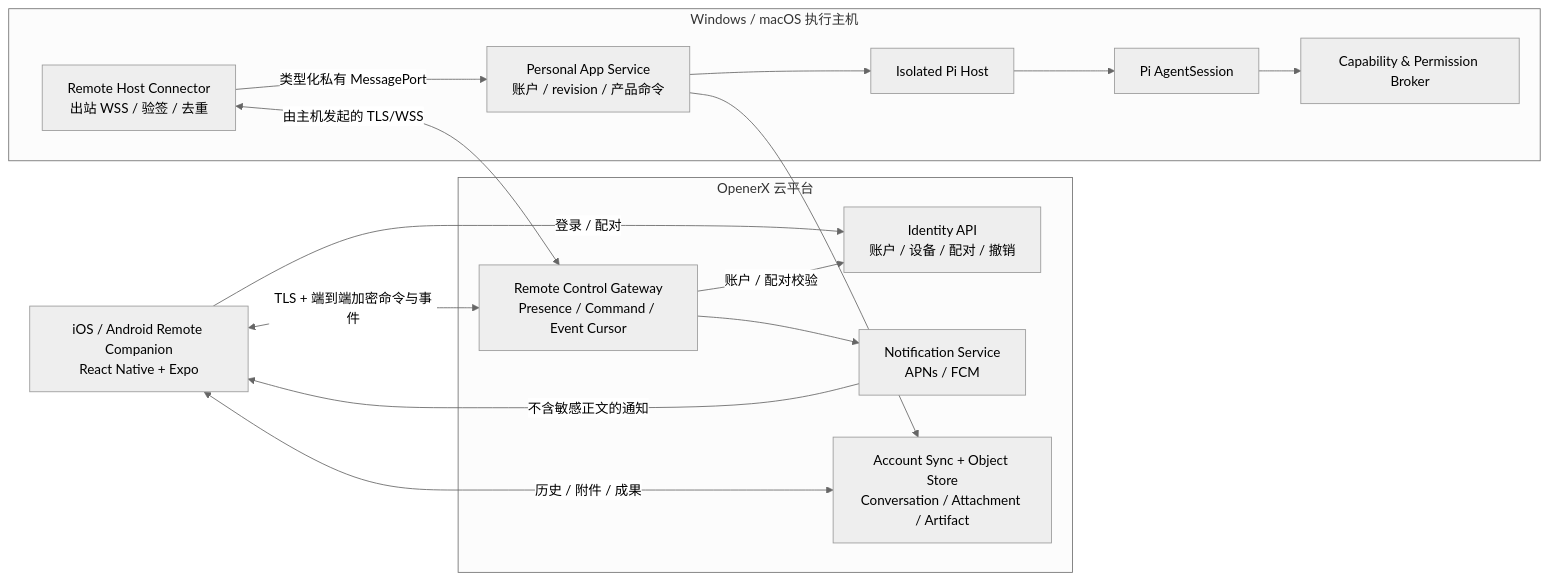
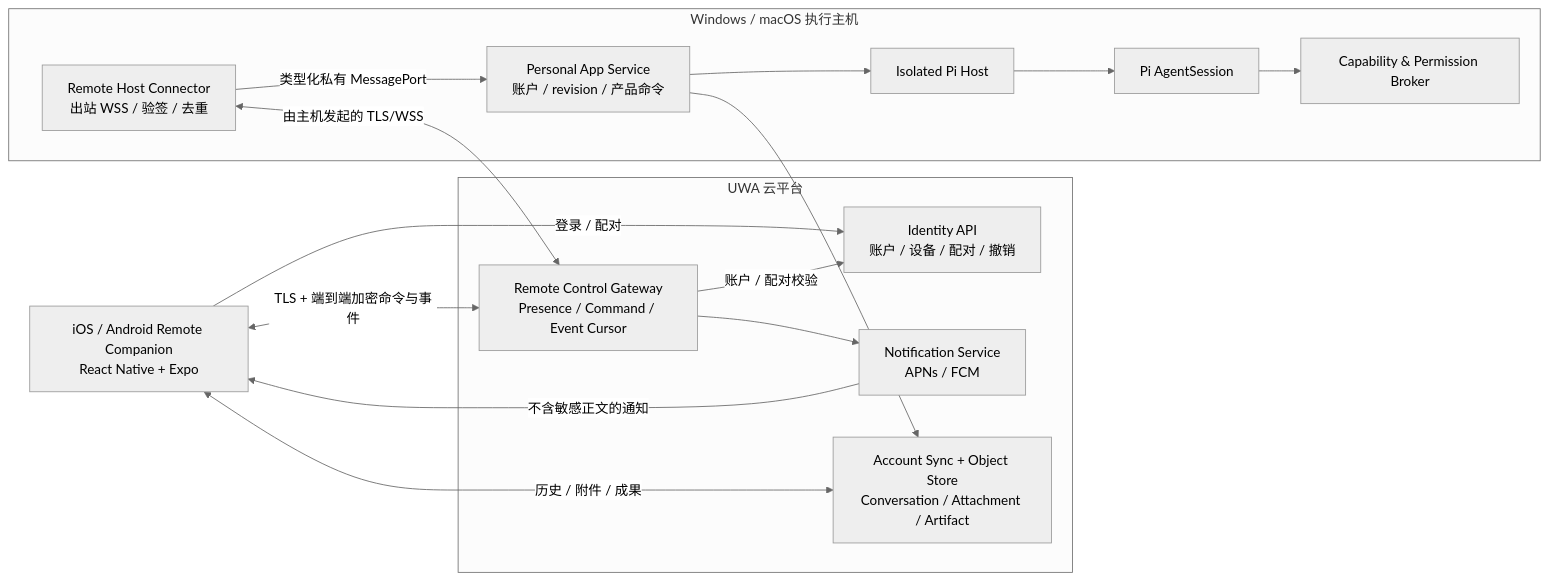
The diagram in docs/v2/15-remote-control-contract.md (openerserver/openerx), drawn with Mermaid (neutral theme) before and after one commit. The commit also changed other lines of this file and 118 other files, not shown here.

Commit message:
feat: rebrand OpenerX as UWA

````diff
--- a/docs/v2/15-remote-control-contract.md
+++ b/docs/v2/15-remote-control-contract.md
@@ -53,33 +53,33 @@
 ```mermaid
 flowchart LR
   PHONE["iOS / Android Remote Companion<br/>React Native + Expo"]
 
-  subgraph CLOUD["OpenerX 云平台"]
+  subgraph CLOUD["UWA 云平台"]
     ID["Identity API<br/>账户 / 设备 / 配对 / 撤销"]
     RELAY["Remote Control Gateway<br/>Presence / Command / Event Cursor"]
     PUSH["Notification Service<br/>APNs / FCM"]
     SYNC["Account Sync + Object Store<br/>Conversation / Attachment / Artifact"]
   end
 
   subgraph DESKTOP["Windows / macOS 执行主机"]
     CONNECTOR["Remote Host Connector<br/>出站 WSS / 验签 / 去重"]
     APP["Personal App Service<br/>账户 / revision / 产品命令"]
     BROKER["Capability & Permission Broker"]
     PIHOST["Isolated Pi Host"]
     PI["Pi AgentSession"]
   end
 
   PHONE -->|"登录 / 配对"| ID
   PHONE <-->|"TLS + 端到端加密命令与事件"| RELAY
   PHONE <-->|"历史 / 附件 / 成果"| SYNC
   PUSH -->|"不含敏感正文的通知"| PHONE
 
   CONNECTOR <-->|"由主机发起的 TLS/WSS"| RELAY
   CONNECTOR -->|"类型化私有 MessagePort"| APP
   RELAY -->|"账户 / 配对校验"| ID
   APP --> PIHOST
   PIHOST --> PI
   PI --> BROKER
   APP --> SYNC
   RELAY --> PUSH
 ```
````
